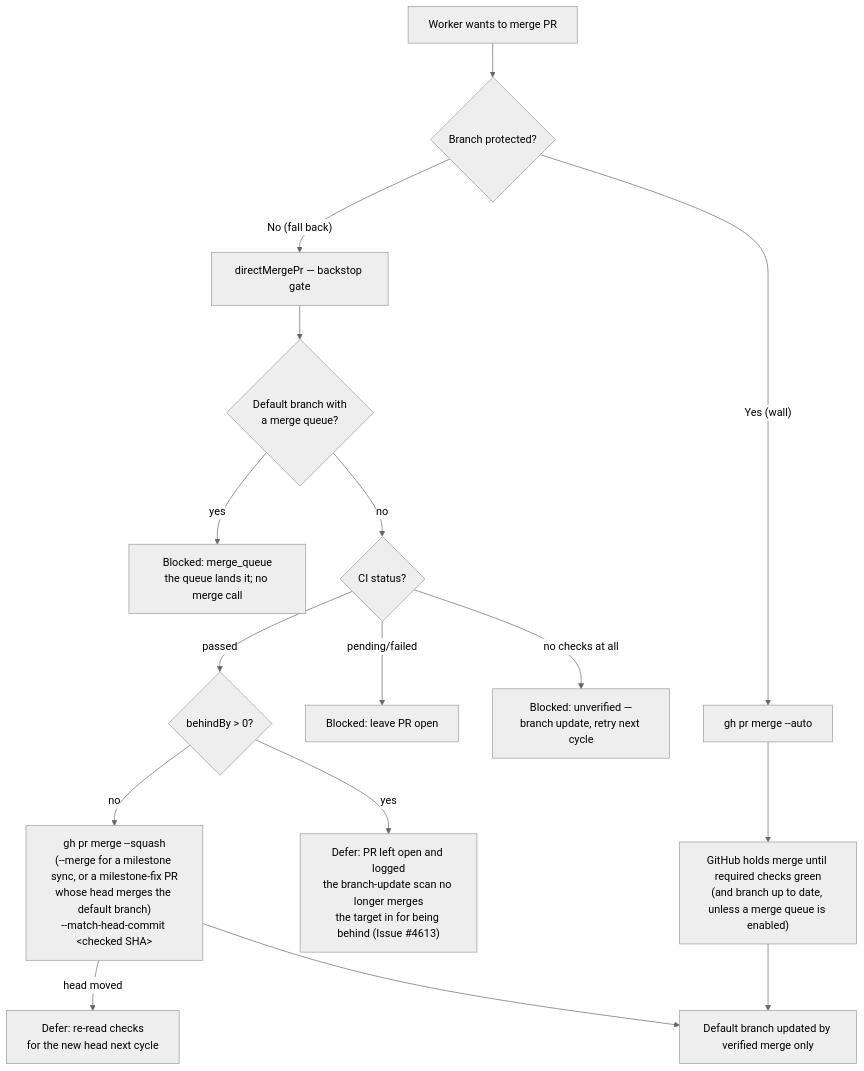
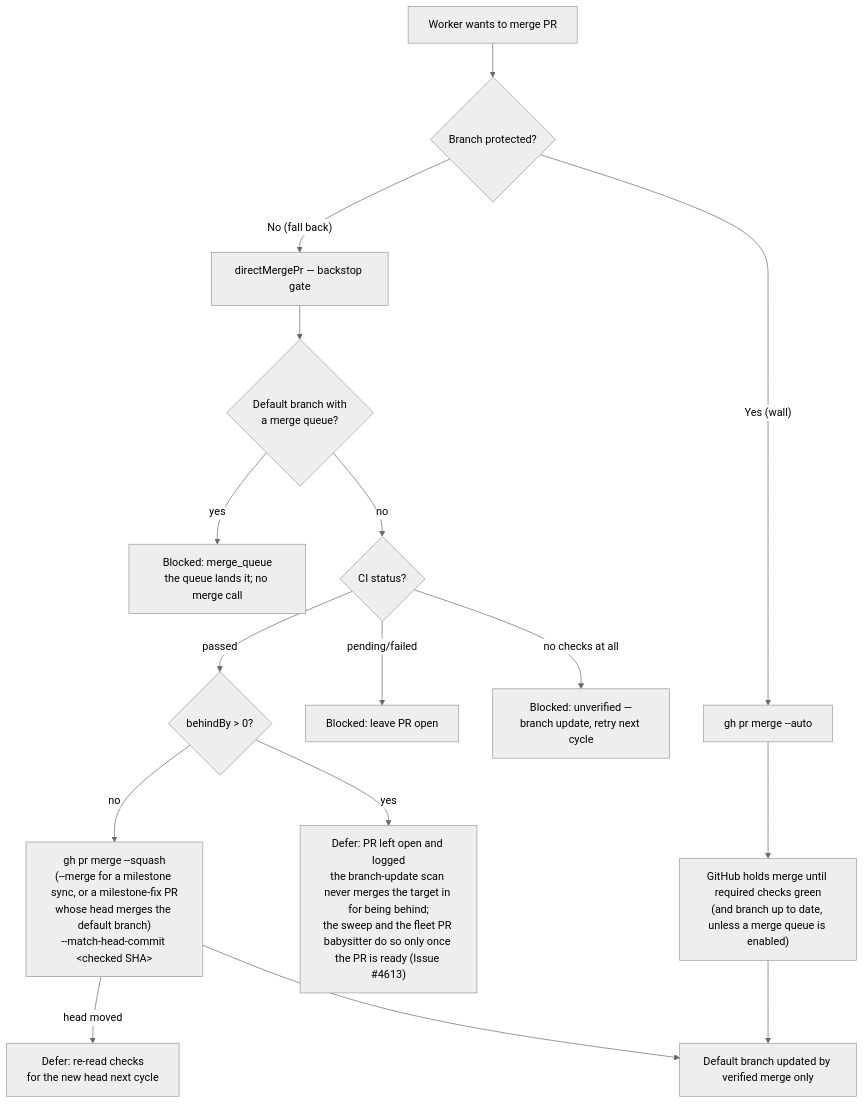
The first of 12 diagrams in docs/MERGE.md (stSoftwareAU/VibeCoder), drawn with Mermaid (neutral theme) before and after one commit. The commit also changed other lines of this file and 18 other files, not shown here.

````diff
--- a/docs/MERGE.md
+++ b/docs/MERGE.md
@@ -34,18 +34,18 @@
 ```mermaid
 flowchart TD
     A[Worker wants to merge PR] --> B{Branch protected?}
     B -- "Yes (wall)" --> C[gh pr merge --auto]
     C --> D["GitHub holds merge until required checks green<br/>(and branch up to date, unless a merge queue is enabled)"]
     B -- "No (fall back)" --> E[directMergePr — backstop gate]
     E --> Q{Default branch with<br/>a merge queue?}
     Q -- yes --> R["Blocked: merge_queue<br/>the queue lands it; no merge call"]
     Q -- no --> F{CI status?}
     F -- pending/failed --> G[Blocked: leave PR open]
     F -- "no checks at all" --> N[Blocked: unverified —<br/>branch update, retry next cycle]
     F -- passed --> H{behindBy > 0?}
-    H -- yes --> I["Defer: PR left open and logged<br/>the branch-update scan no longer merges<br/>the target in for being behind (Issue #4613)"]
+    H -- yes --> I["Defer: PR left open and logged<br/>the branch-update scan never merges the target in for being behind;<br/>the sweep and the fleet PR babysitter do so only once the PR is ready (Issue #4613)"]
     H -- no --> J["gh pr merge --squash<br/>(--merge for a milestone sync, or a milestone-fix PR<br/>whose head merges the default branch)<br/>--match-head-commit &lt;checked SHA&gt;"]
     J -- head moved --> L[Defer: re-read checks<br/>for the new head next cycle]
     D --> K[Default branch updated by verified merge only]
     J --> K
 ```
````
